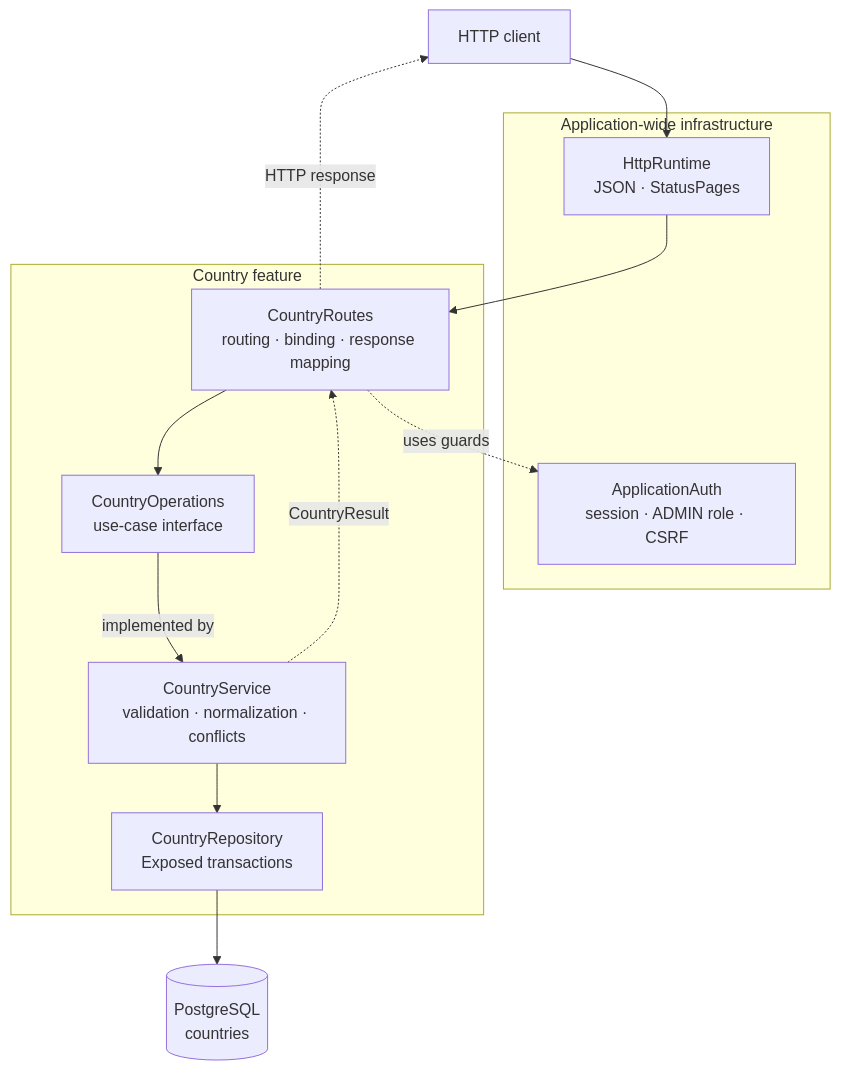
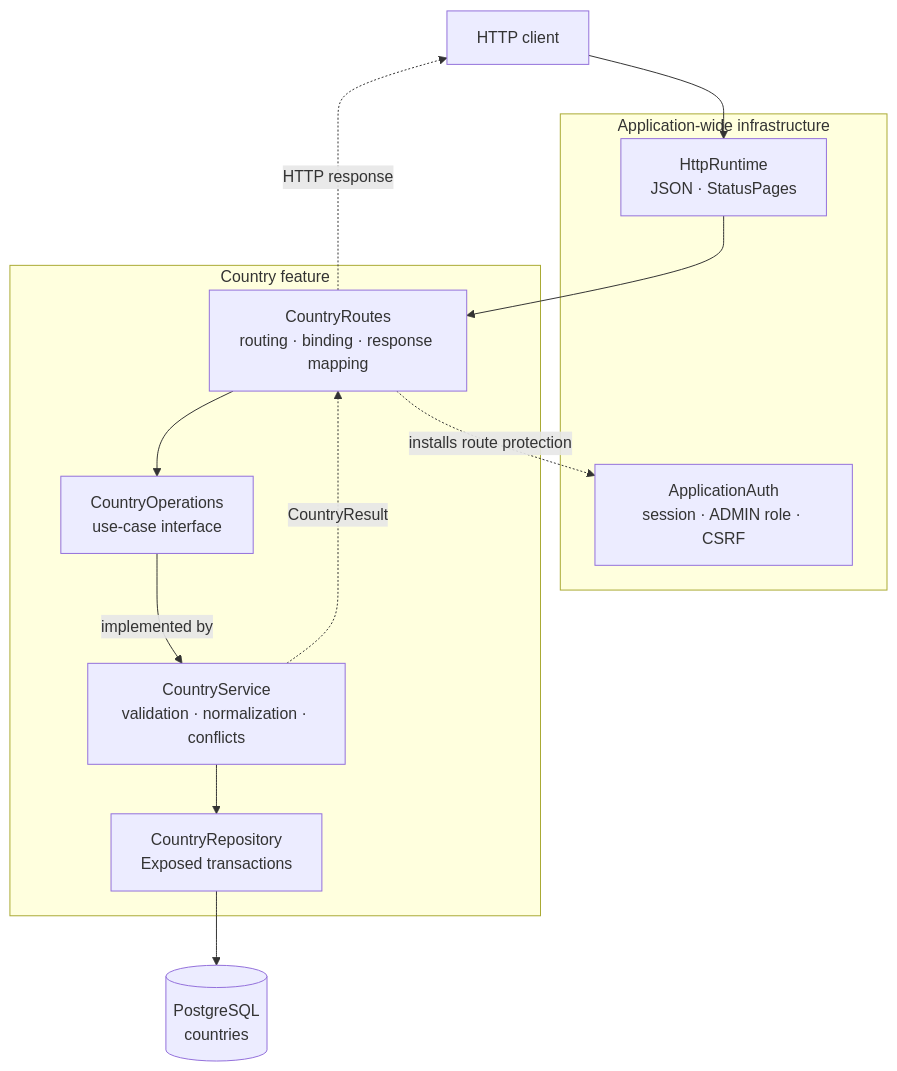
One commit to bitstorm-tech/voenix-shop-kotlin changed the diagram in docs/dev/backend/country-package.md. Above: the diagram before and after it, drawn with Mermaid. The commit also changed other lines of this file and 6 other files, not shown here.

Commit message:
Refactor admin route protection to fail closed

````diff
--- a/docs/dev/backend/country-package.md
+++ b/docs/dev/backend/country-package.md
@@ -30,28 +30,28 @@
 ```mermaid
 flowchart TB
     Client["HTTP client"]
 
     subgraph Shared["Application-wide infrastructure"]
         Http["HttpRuntime<br/>JSON · StatusPages"]
         Auth["ApplicationAuth<br/>session · ADMIN role · CSRF"]
     end
 
     subgraph Country["Country feature"]
         Routes["CountryRoutes<br/>routing · binding · response mapping"]
         Operations["CountryOperations<br/>use-case interface"]
         Service["CountryService<br/>validation · normalization · conflicts"]
         Repository["CountryRepository<br/>Exposed transactions"]
     end
 
     Database[("PostgreSQL<br/>countries")]
 
     Client --> Http
     Http --> Routes
-    Routes -.->|"uses guards"| Auth
+    Routes -.->|"installs route protection"| Auth
     Routes --> Operations
     Operations -->|"implemented by"| Service
     Service --> Repository
     Repository --> Database
     Service -.->|"CountryResult"| Routes
     Routes -.->|"HTTP response"| Client
 ```
````
